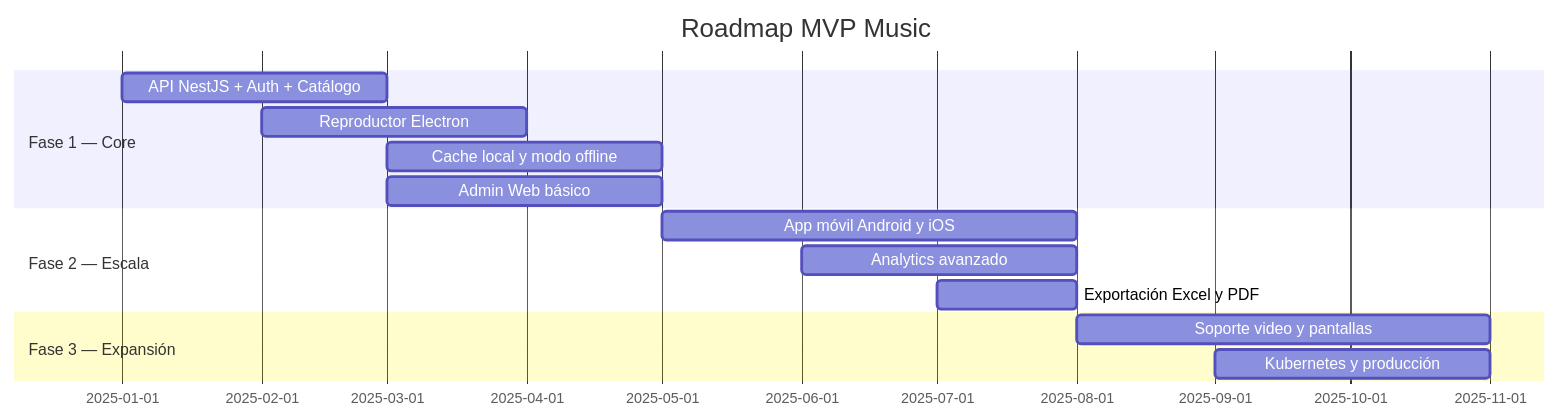
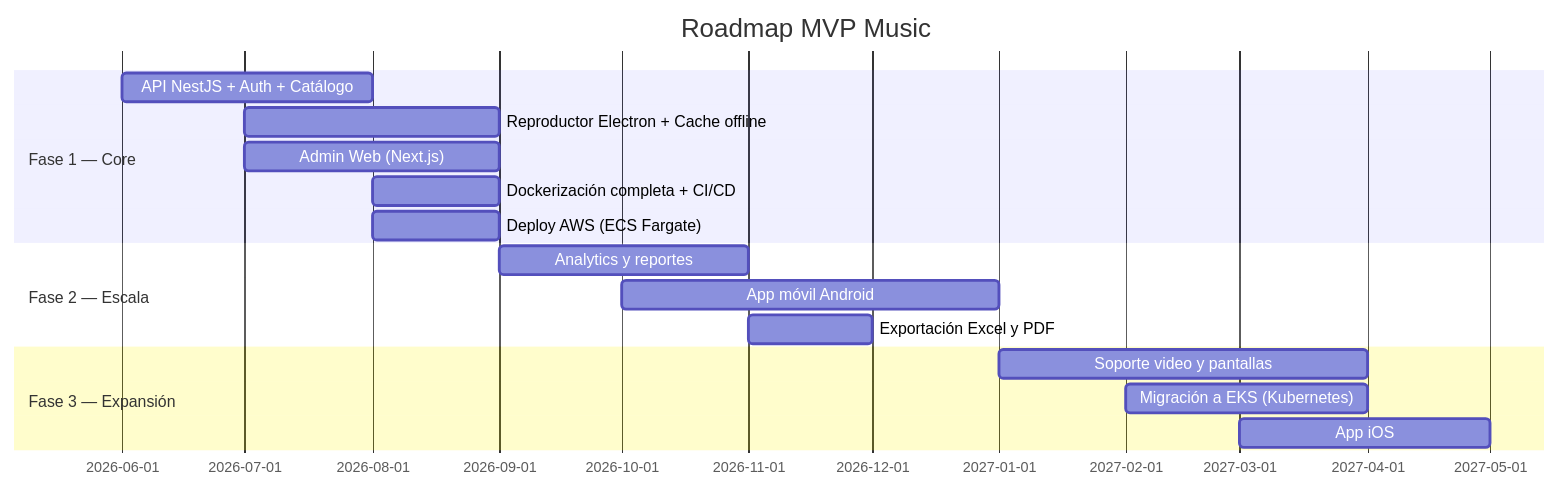
Diagram 11 of 11 in app/MVPMusic/README.md (htm4rck/Mockups), drawn with Mermaid before and after one commit. The commit also changed other lines of this file, not shown here.

````diff
--- a/app/MVPMusic/README.md
+++ b/app/MVPMusic/README.md
@@ -437,17 +471,19 @@
 ```mermaid
 gantt
     title Roadmap MVP Music
     dateFormat YYYY-MM
     section Fase 1 — Core
-    API NestJS + Auth + Catálogo     :2025-01, 2M
-    Reproductor Electron             :2025-02, 2M
-    Cache local y modo offline       :2025-03, 2M
-    Admin Web básico                 :2025-03, 2M
+    API NestJS + Auth + Catálogo           :2026-06, 2M
+    Reproductor Electron + Cache offline   :2026-07, 2M
+    Admin Web (Next.js)                    :2026-07, 2M
+    Dockerización completa + CI/CD         :2026-08, 1M
+    Deploy AWS (ECS Fargate)               :2026-08, 1M
     section Fase 2 — Escala
-    App móvil Android y iOS          :2025-05, 3M
-    Analytics avanzado               :2025-06, 2M
-    Exportación Excel y PDF          :2025-07, 1M
+    Analytics y reportes                   :2026-09, 2M
+    App móvil Android                      :2026-10, 3M
+    Exportación Excel y PDF                :2026-11, 1M
     section Fase 3 — Expansión
-    Soporte video y pantallas        :2025-08, 3M
-    Kubernetes y producción          :2025-09, 2M
+    Soporte video y pantallas              :2027-01, 3M
+    Migración a EKS (Kubernetes)           :2027-02, 2M
+    App iOS                                :2027-03, 2M
 ```
````
